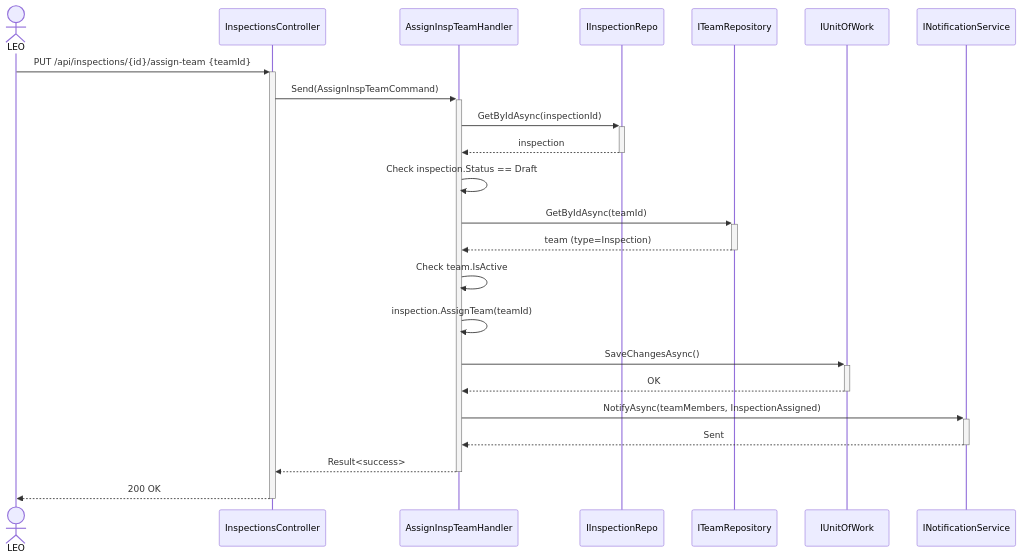
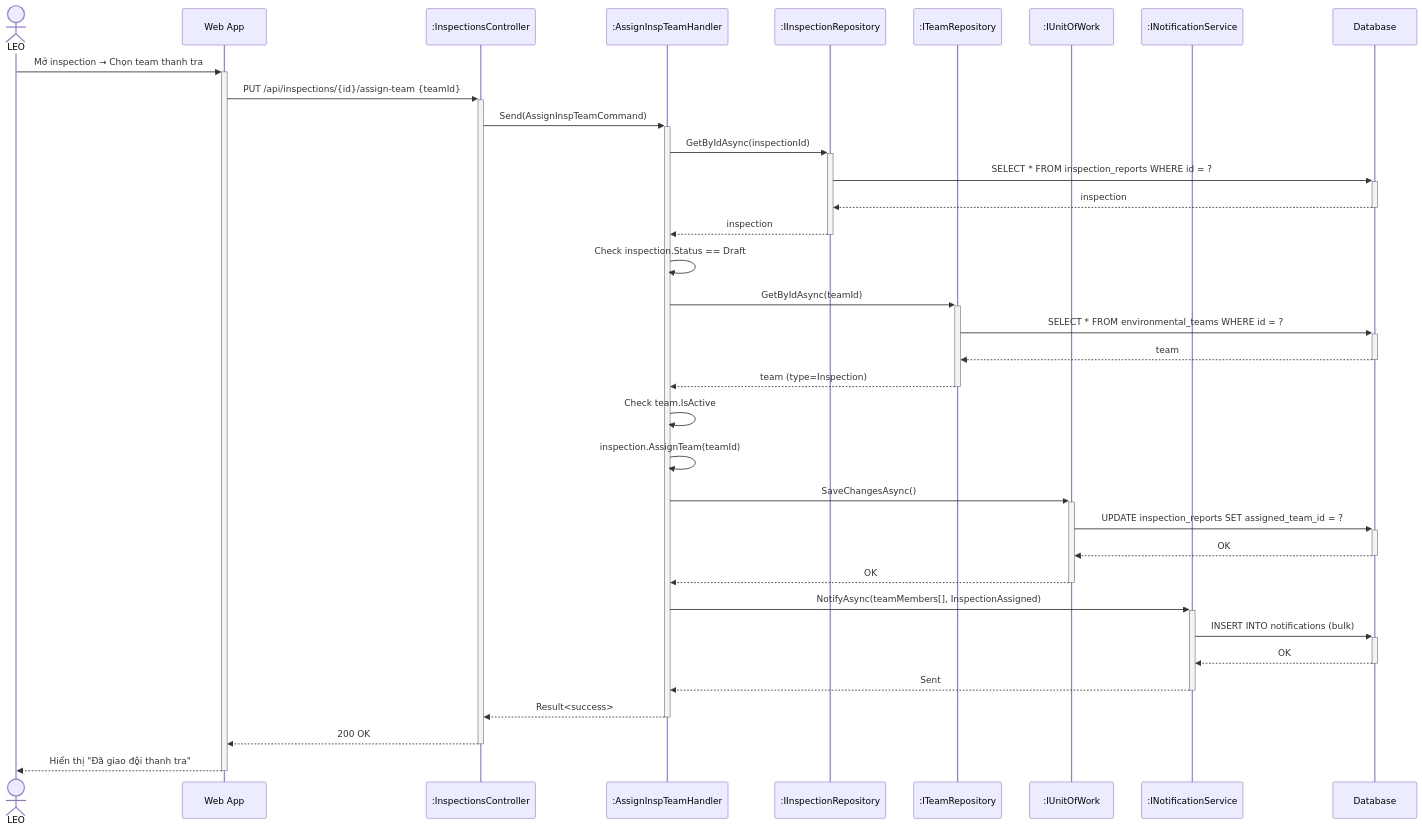
Diagram 14 of 25 in docs/BusinessRule/SEQUENCE_DIAGRAMS.md (Capstonne-Project/greenlens-service), drawn with Mermaid before and after one commit. The commit also changed other lines of this file, not shown here.

Commit message:
fix(docs): enhance format sequence diagram

````diff
--- a/docs/BusinessRule/SEQUENCE_DIAGRAMS.md
+++ b/docs/BusinessRule/SEQUENCE_DIAGRAMS.md
@@ -641,33 +794,44 @@
 ```mermaid
 sequenceDiagram
     actor LEO
-    participant API as InspectionsController
-    participant Handler as AssignInspTeamHandler
-    participant InspRepo as IInspectionRepo
-    participant TeamRepo as ITeamRepository
-    participant DB as IUnitOfWork
-    participant Notif as INotificationService
+    participant App as Web App
+    participant Ctrl as :InspectionsController
+    participant Hdl as :AssignInspTeamHandler
+    participant InspRepo as :IInspectionRepository
+    participant TeamRepo as :ITeamRepository
+    participant UoW as :IUnitOfWork
+    participant Notif as :INotificationService
+    participant DB as Database
 
-    LEO->>+API: PUT /api/inspections/{id}/assign-team {teamId}
-    API->>+Handler: Send(AssignInspTeamCommand)
+    LEO->>+App: Mở inspection → Chọn team thanh tra
+    App->>+Ctrl: PUT /api/inspections/{id}/assign-team {teamId}
+    Ctrl->>+Hdl: Send(AssignInspTeamCommand)
 
-    Handler->>+InspRepo: GetByIdAsync(inspectionId)
-    InspRepo-->>-Handler: inspection
+    Hdl->>+InspRepo: GetByIdAsync(inspectionId)
+    InspRepo->>+DB: SELECT * FROM inspection_reports WHERE id = ?
+    DB-->>-InspRepo: inspection
+    InspRepo-->>-Hdl: inspection
+    Hdl->>Hdl: Check inspection.Status == Draft
 
-    Handler->>Handler: Check inspection.Status == Draft
+    Hdl->>+TeamRepo: GetByIdAsync(teamId)
+    TeamRepo->>+DB: SELECT * FROM environmental_teams WHERE id = ?
+    DB-->>-TeamRepo: team
+    TeamRepo-->>-Hdl: team (type=Inspection)
+    Hdl->>Hdl: Check team.IsActive
 
-    Handler->>+TeamRepo: GetByIdAsync(teamId)
-    TeamRepo-->>-Handler: team (type=Inspection)
+    Hdl->>Hdl: inspection.AssignTeam(teamId)
 
-    Handler->>Handler: Check team.IsActive
-    Handler->>Handler: inspection.AssignTeam(teamId)
+    Hdl->>+UoW: SaveChangesAsync()
+    UoW->>+DB: UPDATE inspection_reports SET assigned_team_id = ?
+    DB-->>-UoW: OK
+    UoW-->>-Hdl: OK
 
-    Handler->>+DB: SaveChangesAsync()
-    DB-->>-Handler: OK
+    Hdl->>+Notif: NotifyAsync(teamMembers[], InspectionAssigned)
+    Notif->>+DB: INSERT INTO notifications (bulk)
+    DB-->>-Notif: OK
+    Notif-->>-Hdl: Sent
 
-    Handler->>+Notif: NotifyAsync(teamMembers, InspectionAssigned)
-    Notif-->>-Handler: Sent
-
-    Handler-->>-API: Result<success>
-    API-->>-LEO: 200 OK
+    Hdl-->>-Ctrl: Result<success>
+    Ctrl-->>-App: 200 OK
+    App-->>-LEO: Hiển thị "Đã giao đội thanh tra"
 ```
````
